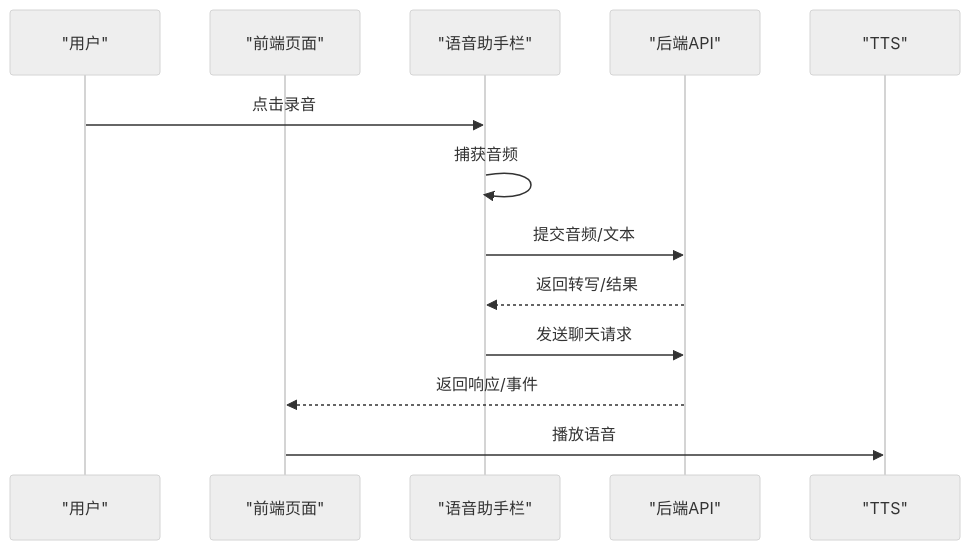
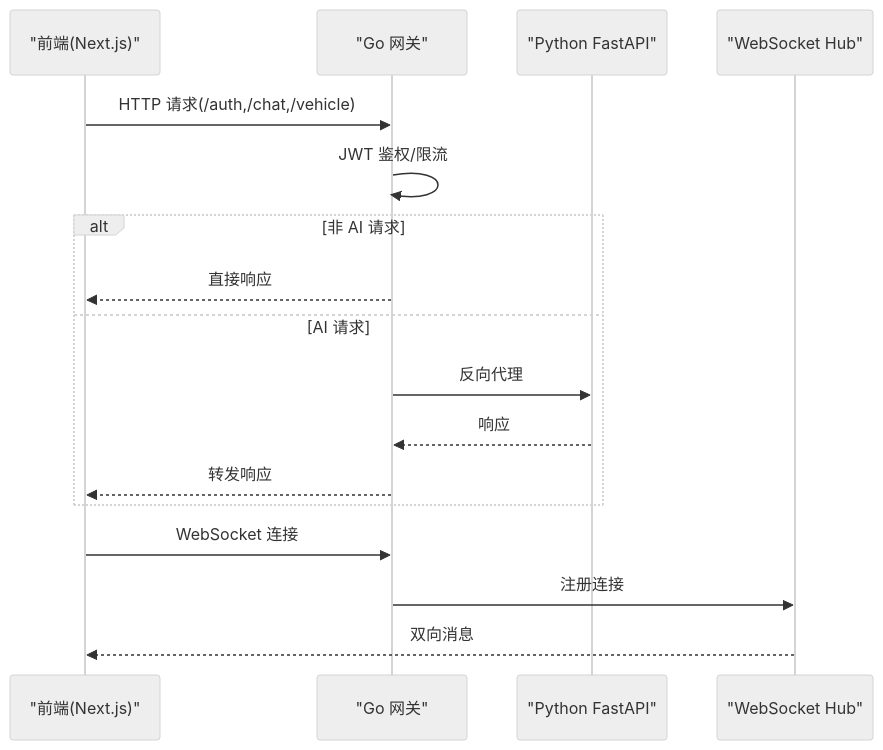
One commit to zmdhdu/NexusCockpit changed the sixth of 7 diagrams in .qoder/repowiki/zh/content/项目概述/项目概述.md. Above: the diagram before and after it, drawn with Mermaid (neutral theme). The commit also changed other lines of this file and 516 other files, not shown here.

````diff
--- a/.qoder/repowiki/zh/content/项目概述/项目概述.md
+++ b/.qoder/repowiki/zh/content/项目概述/项目概述.md
@@ -338,15 +269,19 @@
 ```mermaid
 sequenceDiagram
-participant U as "用户"
-participant FE as "前端页面"
-participant VAB as "语音助手栏"
-participant API as "后端API"
-participant TTS as "TTS"
-U->>VAB : 点击录音
-VAB->>VAB : 捕获音频
-VAB->>API : 提交音频/文本
-API-->>VAB : 返回转写/结果
-VAB->>API : 发送聊天请求
-API-->>FE : 返回响应/事件
-FE->>TTS : 播放语音
+participant FE as "前端(Next.js)"
+participant G as "Go 网关"
+participant P as "Python FastAPI"
+participant WS as "WebSocket Hub"
+FE->>G : HTTP 请求(/auth,/chat,/vehicle)
+G->>G : JWT 鉴权/限流
+alt 非 AI 请求
+G-->>FE : 直接响应
+else AI 请求
+G->>P : 反向代理
+P-->>G : 响应
+G-->>FE : 转发响应
+end
+FE->>G : WebSocket 连接
+G->>WS : 注册连接
+WS-->>FE : 双向消息
 ```
````
